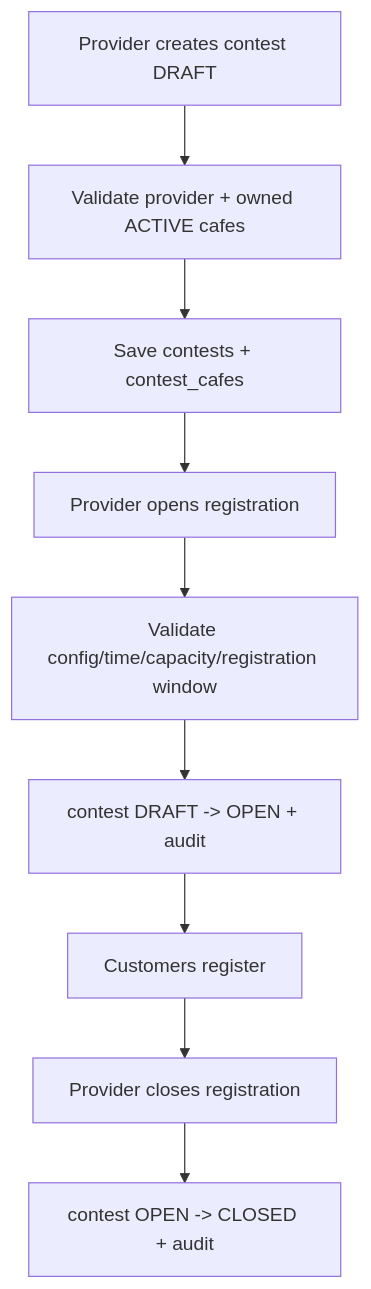
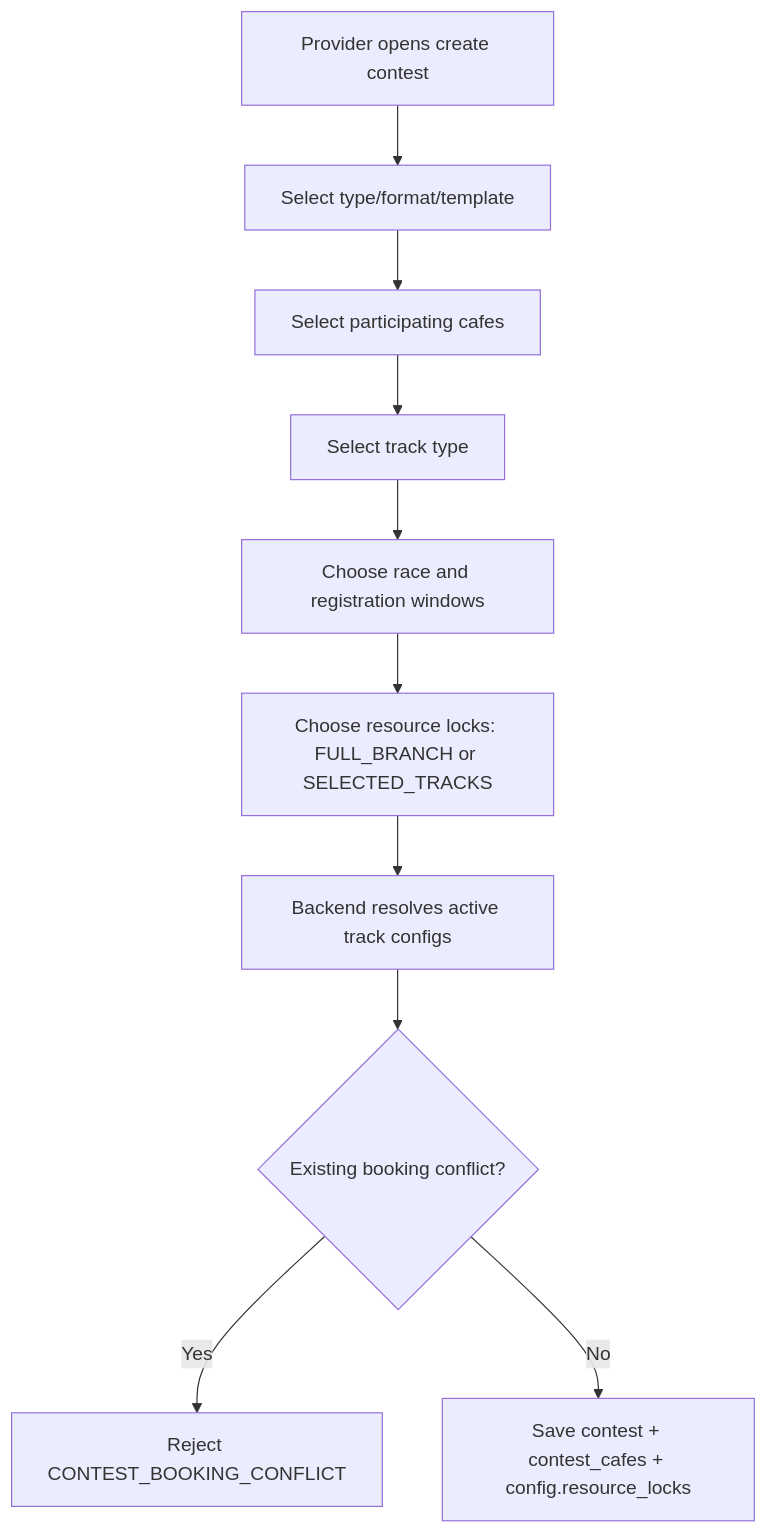
Before and after one commit to RCField-SEP490/rcfield-spec: the third of 6 diagrams in docs/architecture/03-contest.md, drawn with Mermaid. The commit also changed other lines of this file and 4 other files, not shown here.

First line of the commit message:
Refactor contest business rules documentation and add current backend vs requested flow analysis

````diff
--- a/docs/architecture/03-contest.md
+++ b/docs/architecture/03-contest.md
@@ -217,11 +143,12 @@
 ```mermaid
 flowchart TD
-    A[Provider creates contest DRAFT] --> B[Validate provider + owned ACTIVE cafes]
-    B --> C[Save contests + contest_cafes]
-    C --> D[Provider opens registration]
-    D --> E[Validate config/time/capacity/registration window]
-    E --> F[contest DRAFT -> OPEN + audit]
-    F --> G[Customers register]
-    G --> H[Provider closes registration]
-    H --> I[contest OPEN -> CLOSED + audit]
+    A[Provider opens create contest] --> B[Select type/format/template]
+    B --> C[Select participating cafes]
+    C --> D[Select track type]
+    D --> E[Choose race and registration windows]
+    E --> F[Choose resource locks: FULL_BRANCH or SELECTED_TRACKS]
+    F --> G[Backend resolves active track configs]
+    G --> H{Existing booking conflict?}
+    H -->|Yes| X[Reject CONTEST_BOOKING_CONFLICT]
+    H -->|No| I[Save contest + contest_cafes + config.resource_locks]
 ```
````
